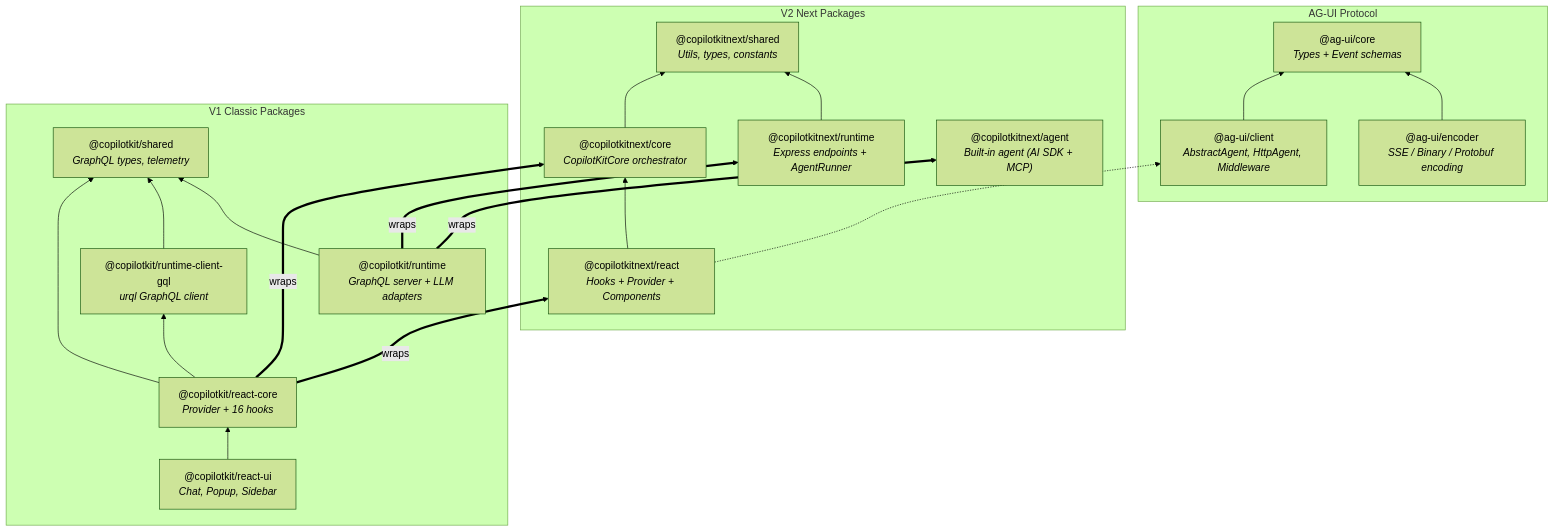
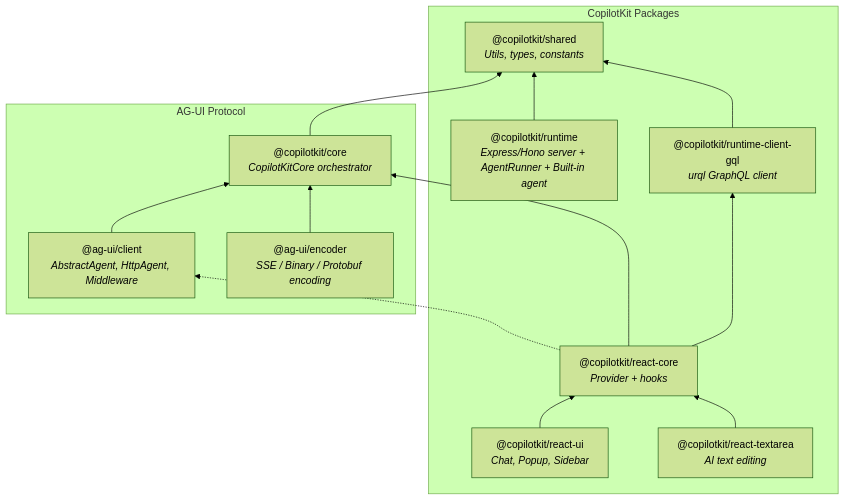
One commit to CopilotKit/CopilotKit changed the third of 4 diagrams in dev-docs/architecture/ARCHITECTURE.md. Above: the diagram before and after it, drawn with Mermaid (forest theme). The commit also changed other lines of this file and 1245 other files, not shown here.

First line of the commit message:
refactor: consolidate V1/V2 packages into flat @copilotkit/* structure

````diff
--- a/dev-docs/architecture/ARCHITECTURE.md
+++ b/dev-docs/architecture/ARCHITECTURE.md
@@ -105,42 +105,29 @@
 ```mermaid
 graph BT
     subgraph AG-UI Protocol
         core["@ag-ui/core<br/><i>Types + Event schemas</i>"]
         client["@ag-ui/client<br/><i>AbstractAgent, HttpAgent, Middleware</i>"]
         encoder["@ag-ui/encoder<br/><i>SSE / Binary / Protobuf encoding</i>"]
         client --> core
         encoder --> core
     end
 
-    subgraph V2 Next Packages
-        v2shared["@copilotkitnext/shared<br/><i>Utils, types, constants</i>"]
-        v2core["@copilotkitnext/core<br/><i>CopilotKitCore orchestrator</i>"]
-        v2react["@copilotkitnext/react<br/><i>Hooks + Provider + Components</i>"]
-        v2runtime["@copilotkitnext/runtime<br/><i>Express endpoints + AgentRunner</i>"]
-        v2agent["@copilotkitnext/agent<br/><i>Built-in agent (AI SDK + MCP)</i>"]
+    subgraph CopilotKit Packages
+        shared["@copilotkit/shared<br/><i>Utils, types, constants</i>"]
+        core["@copilotkit/core<br/><i>CopilotKitCore orchestrator</i>"]
+        reactcore["@copilotkit/react-core<br/><i>Provider + hooks</i>"]
+        reactui["@copilotkit/react-ui<br/><i>Chat, Popup, Sidebar</i>"]
+        reacttextarea["@copilotkit/react-textarea<br/><i>AI text editing</i>"]
+        gql["@copilotkit/runtime-client-gql<br/><i>urql GraphQL client</i>"]
+        runtime["@copilotkit/runtime<br/><i>Express/Hono server + AgentRunner + Built-in agent</i>"]
 
-        v2core --> v2shared
-        v2react --> v2core
-        v2runtime --> v2shared
-        v2react -.-> client
+        core --> shared
+        reactcore --> core
+        reactcore --> gql
+        reactui --> reactcore
+        reacttextarea --> reactcore
+        runtime --> shared
+        reactcore -.-> client
+        gql --> shared
     end
-
-    subgraph V1 Classic Packages
-        v1shared["@copilotkit/shared<br/><i>GraphQL types, telemetry</i>"]
-        v1core["@copilotkit/react-core<br/><i>Provider + 16 hooks</i>"]
-        v1ui["@copilotkit/react-ui<br/><i>Chat, Popup, Sidebar</i>"]
-        v1gql["@copilotkit/runtime-client-gql<br/><i>urql GraphQL client</i>"]
-        v1runtime["@copilotkit/runtime<br/><i>GraphQL server + LLM adapters</i>"]
-
-        v1core --> v1shared
-        v1core --> v1gql
-        v1ui --> v1core
-        v1gql --> v1shared
-        v1runtime --> v1shared
-    end
-
-    v1core ==>|wraps| v2core
-    v1core ==>|wraps| v2react
-    v1runtime ==>|wraps| v2runtime
-    v1runtime ==>|wraps| v2agent
 ```
````
